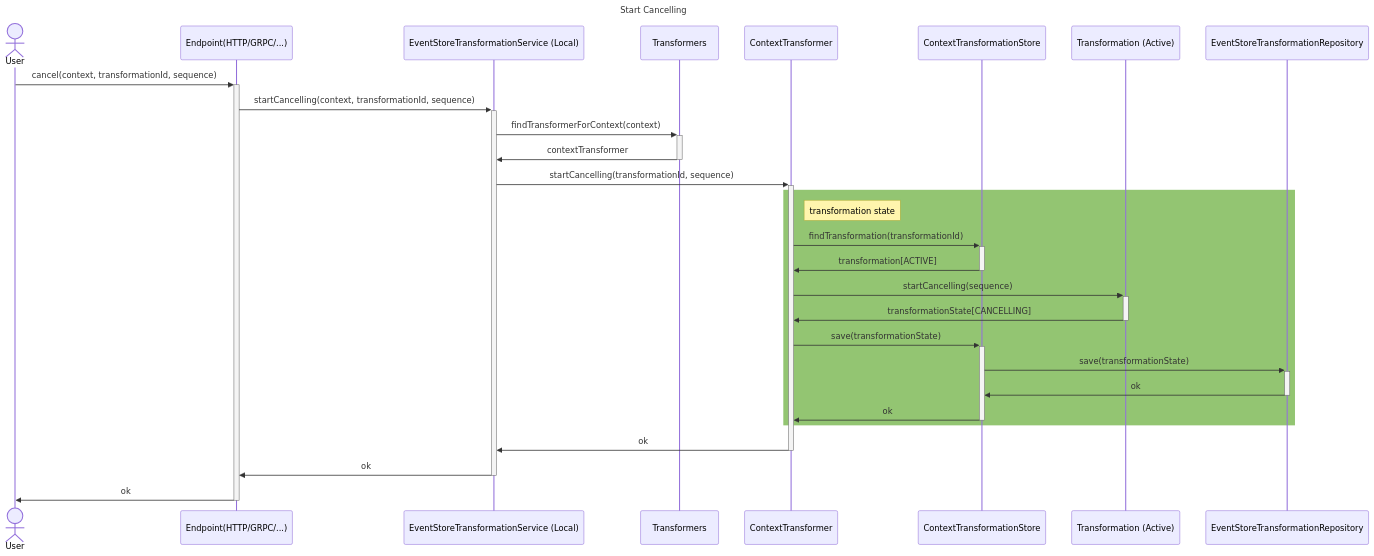
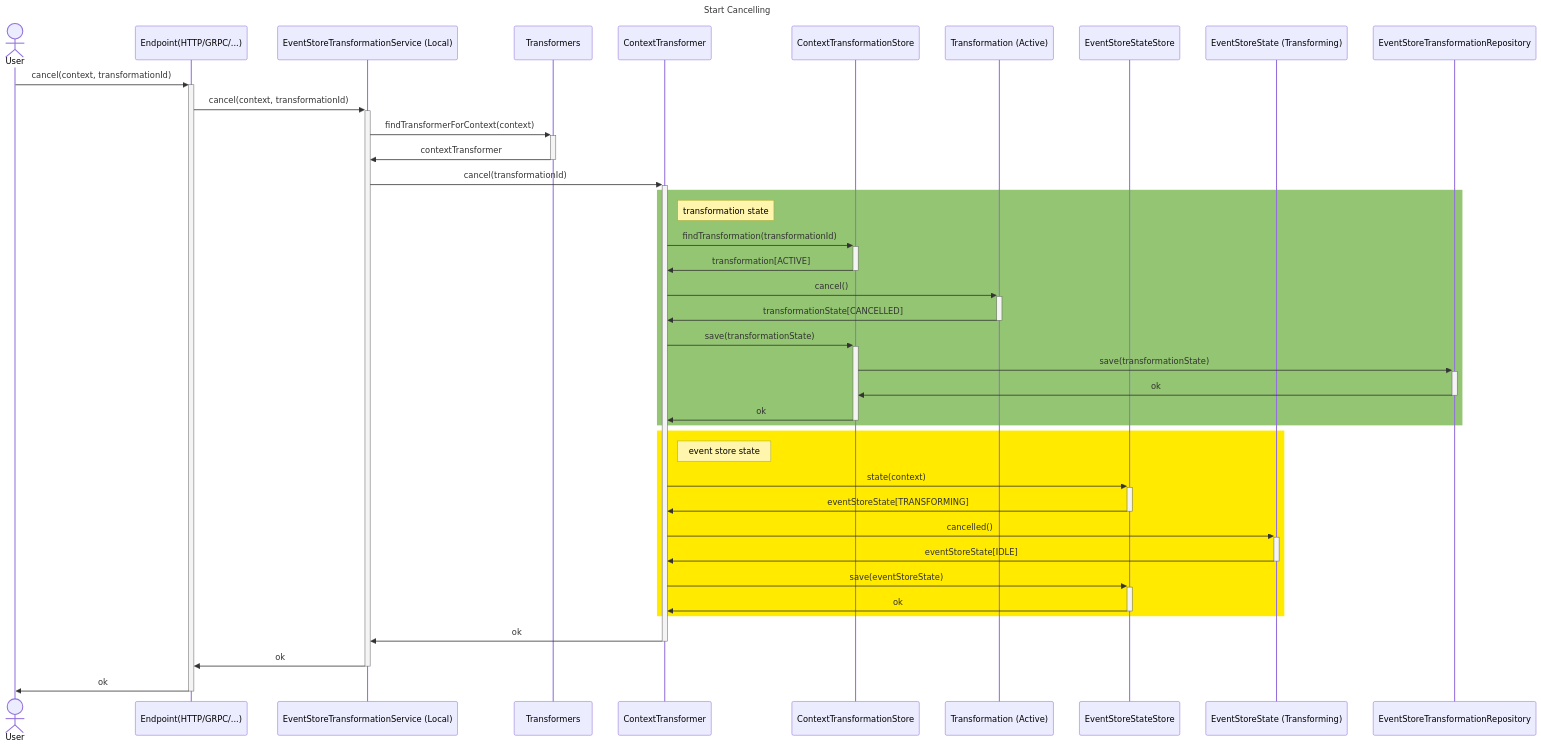
The diagram in axonserver-eventstore-transformation/docs/cancel-transformation.md (AxonIQ/axon-server-se), drawn with Mermaid before and after one commit. The commit also changed other lines of this file and 3 other files, not shown here.

````diff
--- a/axonserver-eventstore-transformation/docs/cancel-transformation.md
+++ b/axonserver-eventstore-transformation/docs/cancel-transformation.md
@@ -1,31 +1,42 @@
 ```mermaid
 sequenceDiagram
     title Start Cancelling
     actor u as User
     participant e as Endpoint(HTTP/GRPC/...)
     participant ests as EventStoreTransformationService (Local)
     participant transformers as Transformers
     participant ct as ContextTransformer
     participant cts as ContextTransformationStore
     participant t as Transformation (Active)
+    participant esss as EventStoreStateStore
+    participant ess as EventStoreState (Transforming)
     participant estr as EventStoreTransformationRepository
-    u ->> +e: cancel(context, transformationId, sequence)
-    e ->> +ests: startCancelling(context, transformationId, sequence)
+    u ->> +e: cancel(context, transformationId)
+    e ->> +ests: cancel(context, transformationId)
     ests ->> +transformers: findTransformerForContext(context)
     transformers ->> -ests: contextTransformer
-    ests ->> +ct: startCancelling(transformationId, sequence)
+    ests ->> +ct: cancel(transformationId)
     rect rgb(147, 197, 114)
         note right of ct: transformation state
         ct ->> +cts: findTransformation(transformationId)
         cts ->> -ct: transformation[ACTIVE]
-        ct ->> +t: startCancelling(sequence)
-        t ->> -ct: transformationState[CANCELLING]
+        ct ->> +t: cancel()
+        t ->> -ct: transformationState[CANCELLED]
         ct ->> +cts: save(transformationState)
         cts ->> +estr: save(transformationState)
         estr ->> -cts: ok
-        cts ->> -ct: ok
+        cts ->> -ct: ok        
+    end
+    rect rgb(255, 234, 0)
+        note right of ct: event store state
+        ct ->> +esss: state(context)
+        esss ->> -ct: eventStoreState[TRANSFORMING]
+        ct ->> +ess: cancelled()
+        ess ->> -ct: eventStoreState[IDLE]
+        ct ->> +esss: save(eventStoreState)
+        esss ->> -ct: ok  
     end
     ct ->> -ests: ok
     ests ->> -e: ok
     e ->> -u: ok    
 ```
````
